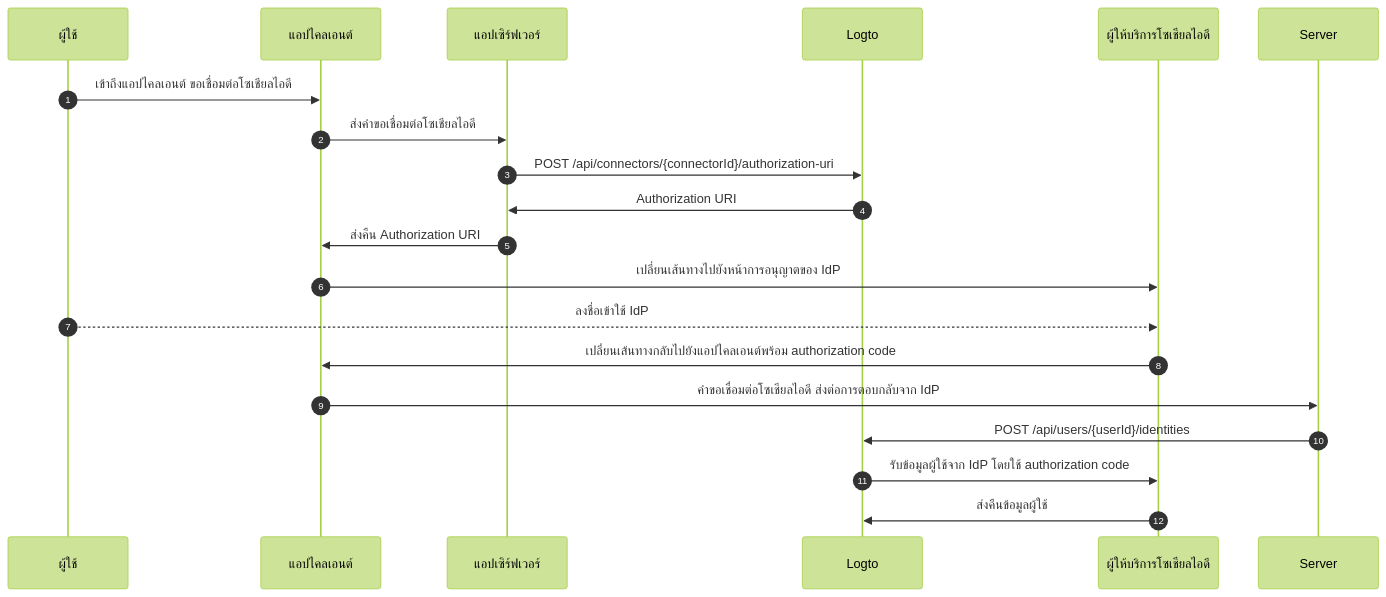
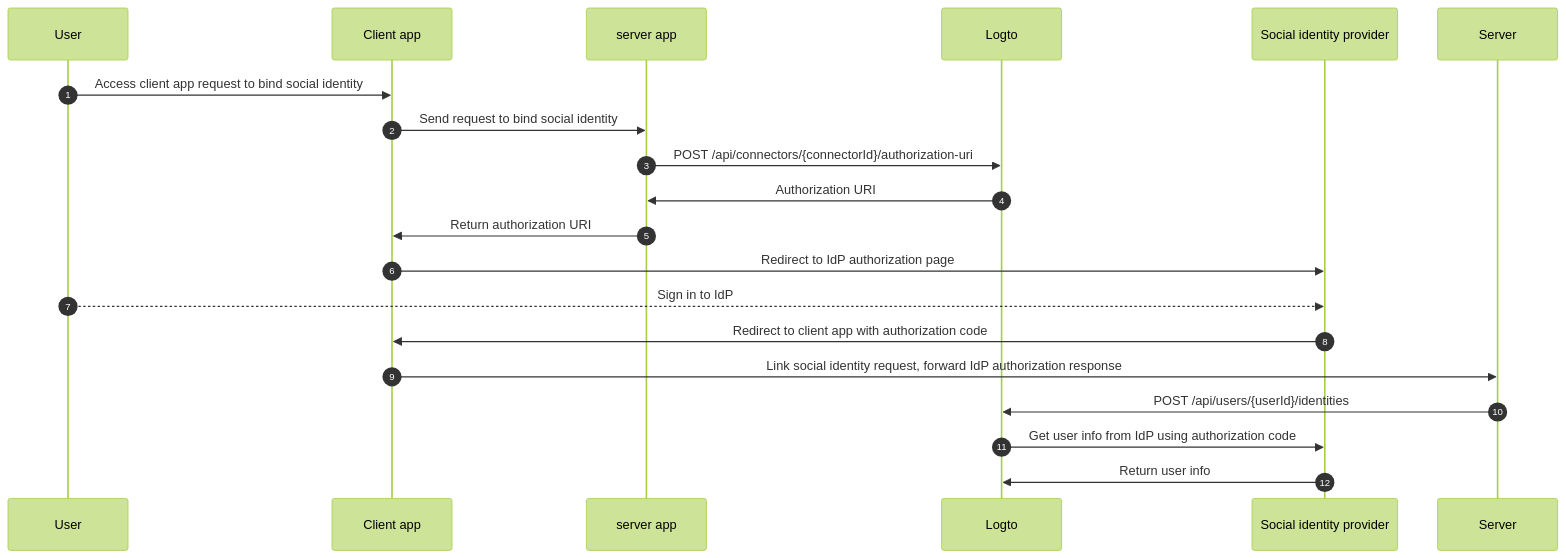
Before and after one commit to logto-io/docs: the third of 3 diagrams in i18n/th/docusaurus-plugin-content-docs/current/end-user-flows/account-settings/by-management-api.mdx, drawn with Mermaid (forest theme). The commit also changed other lines of this file and 102 other files, not shown here.

````diff
--- a/i18n/th/docusaurus-plugin-content-docs/current/end-user-flows/account-settings/by-management-api.mdx
+++ b/i18n/th/docusaurus-plugin-content-docs/current/end-user-flows/account-settings/by-management-api.mdx
@@ -120,22 +120,22 @@
 ```mermaid
 sequenceDiagram
     autoNumber
-    participant User as ผู้ใช้
-    participant Client as แอปไคลเอนต์
-    participant App as แอปเซิร์ฟเวอร์
+    participant User as User
+    participant Client as Client app
+    participant App as server app
     participant Logto as Logto
-    participant IdP as ผู้ให้บริการโซเชียลไอดี
+    participant IdP as Social identity provider
 
-    User ->> Client: เข้าถึงแอปไคลเอนต์ ขอเชื่อมต่อโซเชียลไอดี
-    Client ->> App: ส่งคำขอเชื่อมต่อโซเชียลไอดี
+    User ->> Client: Access client app request to bind social identity
+    Client ->> App: Send request to bind social identity
     App ->> Logto: POST /api/connectors/{connectorId}/authorization-uri
     Logto ->> App: Authorization URI
-    App ->> Client: ส่งคืน Authorization URI
-    Client ->> IdP: เปลี่ยนเส้นทางไปยังหน้าการอนุญาตของ IdP
-    User -->> IdP: ลงชื่อเข้าใช้ IdP
-    IdP ->> Client: เปลี่ยนเส้นทางกลับไปยังแอปไคลเอนต์พร้อม authorization code
-    Client ->> Server: คำขอเชื่อมต่อโซเชียลไอดี ส่งต่อการตอบกลับจาก IdP
+    App ->> Client: Return authorization URI
+    Client ->> IdP: Redirect to IdP authorization page
+    User -->> IdP: Sign in to IdP
+    IdP ->> Client: Redirect to client app with authorization code
+    Client ->> Server: Link social identity request, forward IdP authorization response
     Server ->> Logto: POST /api/users/{userId}/identities
-    Logto ->> IdP: รับข้อมูลผู้ใช้จาก IdP โดยใช้ authorization code
-    IdP ->> Logto: ส่งคืนข้อมูลผู้ใช้
+    Logto ->> IdP: Get user info from IdP using authorization code
+    IdP ->> Logto: Return user info
 ```
````
